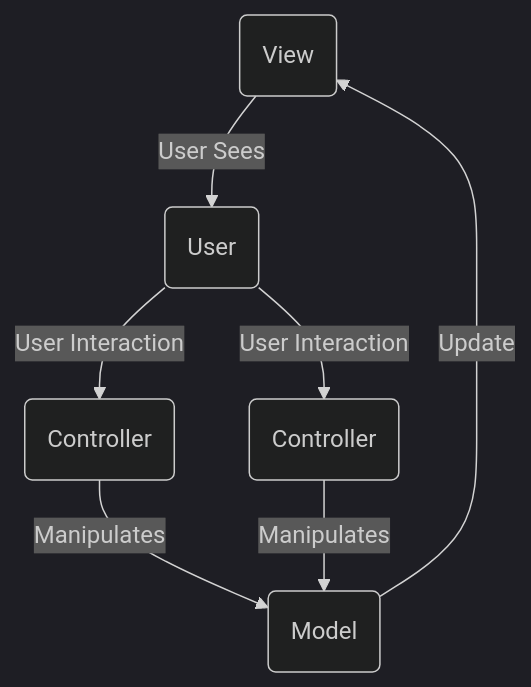
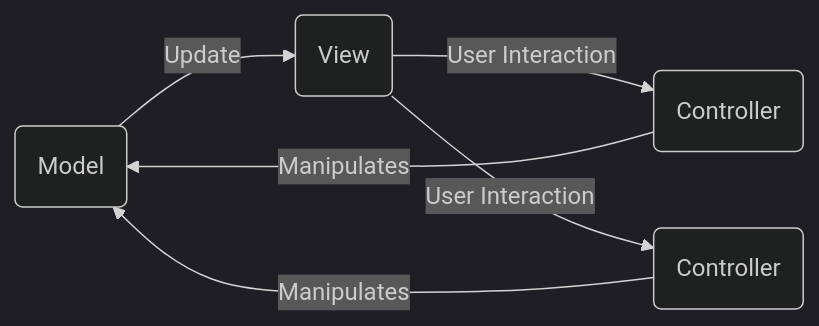
One commit to clbrem/bolero-agents changed the third of 3 diagrams in src/Client/Architectures.md. Above: the diagram before and after it, drawn with Mermaid (dark theme). The commit also changed other lines of this file and 8 other files, not shown here.

````diff
--- a/src/Client/Architectures.md
+++ b/src/Client/Architectures.md
@@ -22,11 +24,9 @@
 ```mermaid
-flowchart TB    
-    View(View) -->|User Sees| User
+flowchart LR
     Model(Model) -->|Update| View
+    View(View) -->|User Interaction| ControllerB(Controller)
+    View -->|User Interaction| ControllerA(Controller)
     ControllerA -->|Manipulates| Model(Model)
     ControllerB -->|Manipulates| Model(Model)    
-    User -->|User Interaction| ControllerB(Controller)
-    User(User) -->|User Interaction| ControllerA(Controller)
-    
-    
+     
 ```
````
